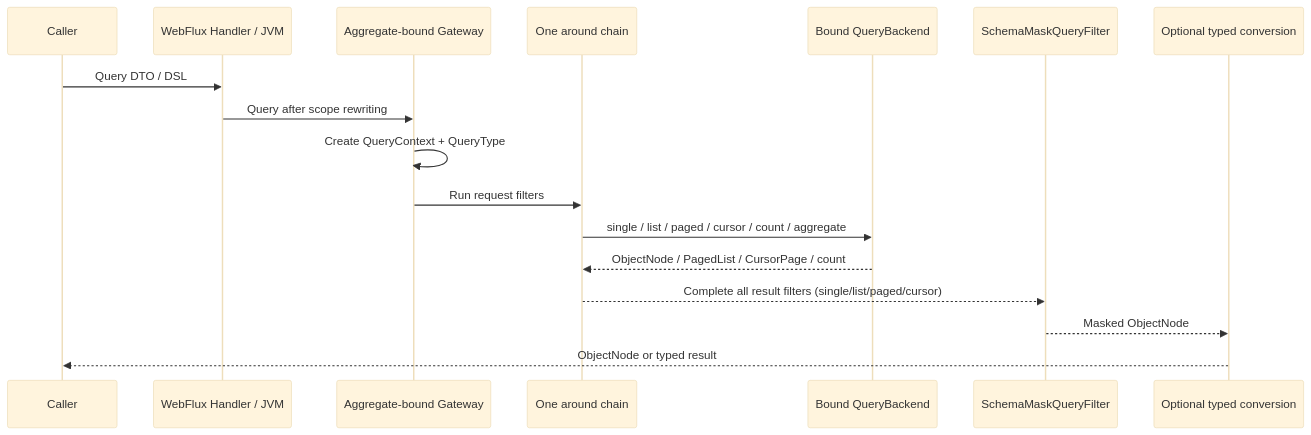
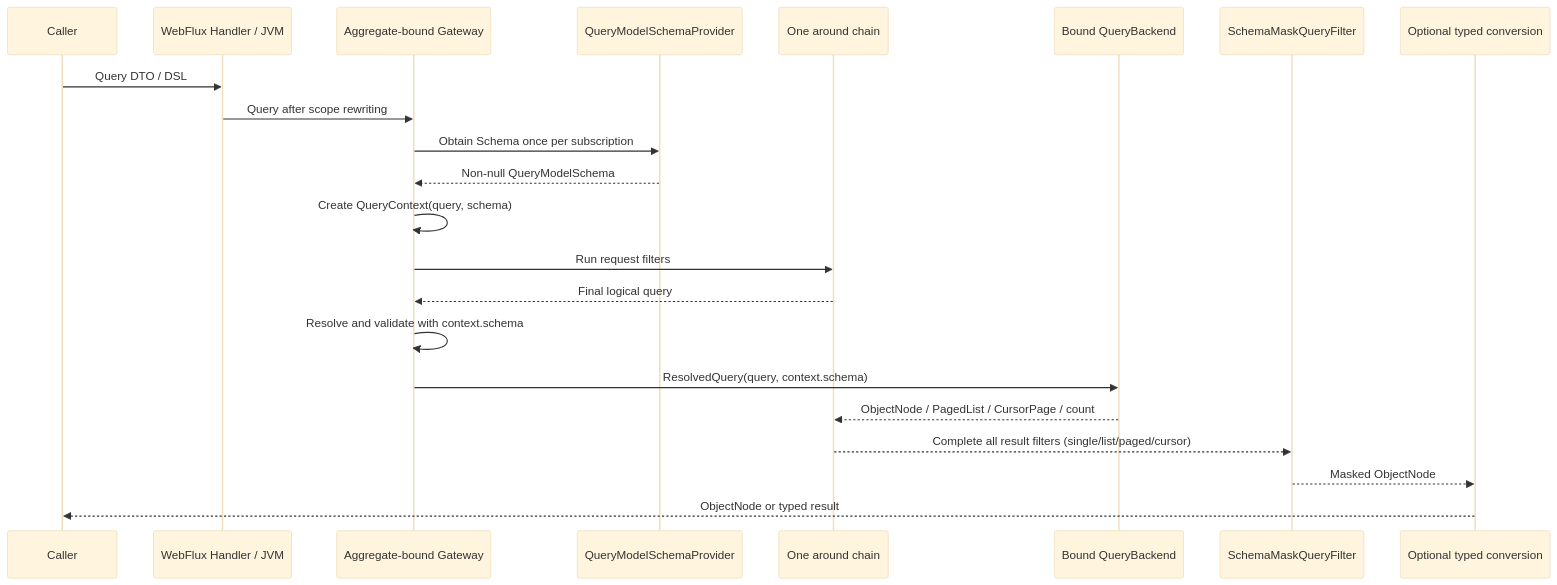
Before and after one commit to Ahoo-Wang/Wow: the diagram in documentation/docs/en/guide/query/query-gateway.md, drawn with Mermaid (base theme). The commit also changed other lines of this file and 10 other files, not shown here.

Commit message:
docs(query): document resolved query backend boundary

````diff
--- a/documentation/docs/en/guide/query/query-gateway.md
+++ b/documentation/docs/en/guide/query/query-gateway.md
@@ -18,19 +18,24 @@
 ```mermaid
 sequenceDiagram
     participant Caller as Caller
     participant Entry as WebFlux Handler / JVM
     participant Gateway as Aggregate-bound Gateway
+    participant Provider as QueryModelSchemaProvider
     participant Filters as One around chain
     participant Backend as Bound QueryBackend
     participant Mask as SchemaMaskQueryFilter
     participant Jackson as Optional typed conversion
     Caller->>Entry: Query DTO / DSL
     Entry->>Gateway: Query after scope rewriting
-    Gateway->>Gateway: Create QueryContext + QueryType
+    Gateway->>Provider: Obtain Schema once per subscription
+    Provider-->>Gateway: Non-null QueryModelSchema
+    Gateway->>Gateway: Create QueryContext(query, schema)
     Gateway->>Filters: Run request filters
-    Filters->>Backend: single / list / paged / cursor / count / aggregate
+    Filters-->>Gateway: Final logical query
+    Gateway->>Gateway: Resolve and validate with context.schema
+    Gateway->>Backend: ResolvedQuery(query, context.schema)
     Backend-->>Filters: ObjectNode / PagedList / CursorPage / count
     Filters-->>Mask: Complete all result filters (single/list/paged/cursor)
     Mask-->>Jackson: Masked ObjectNode
     Jackson-->>Caller: ObjectNode or typed result
 ```
````
